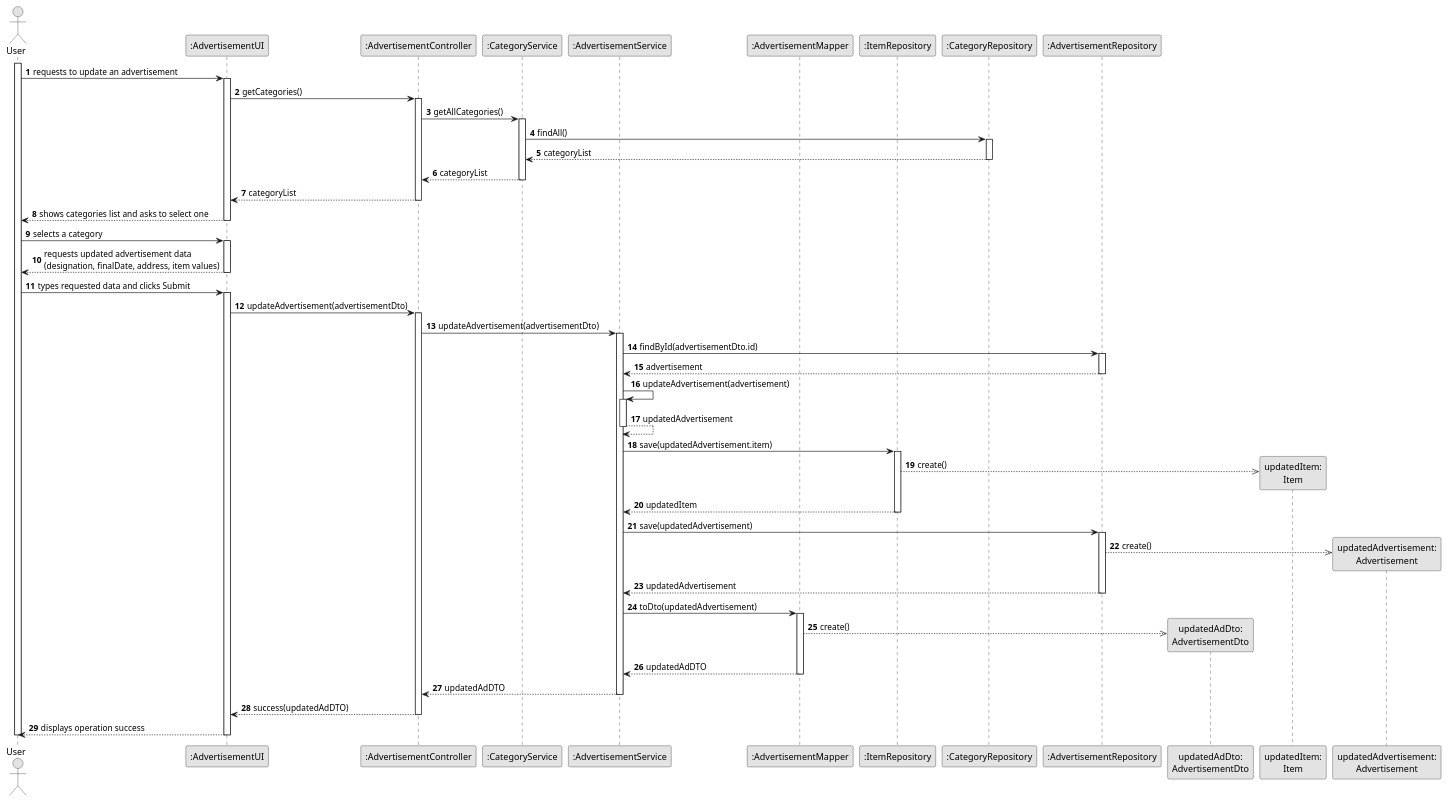
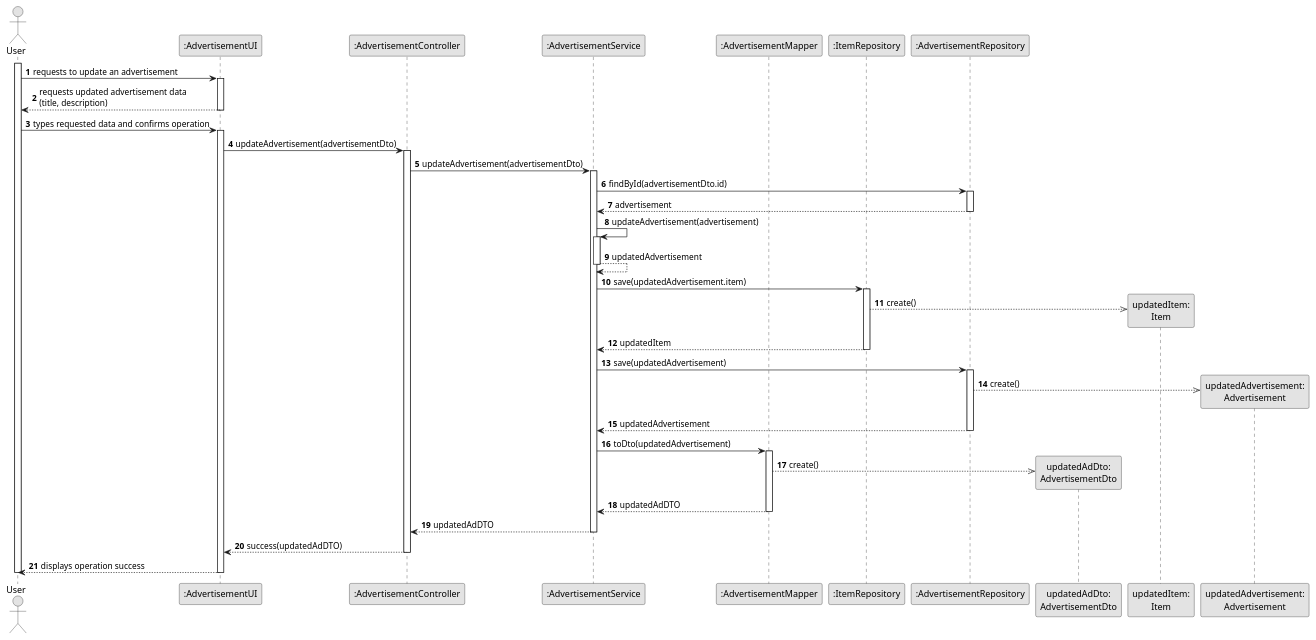
Before and after one commit to vivianeaalmeida/ComeAndGet: the diagram in Docs/US13/03-design/US13-SD.puml, drawn with PlantUML. The commit also changed 4 other files, not shown here.

Commit message:
[Docs] Update US07 and US13 sequence diagrams

```diff
--- a/Docs/US13/03-design/US13-SD.puml
+++ b/Docs/US13/03-design/US13-SD.puml
@@ -1,101 +1,75 @@
 @startuml
 skinparam monochrome true
 skinparam packageStyle rectangle
 skinparam shadowing false
 
 autonumber
 
 actor "User" as USER
 participant ":AdvertisementUI" as UI
 participant ":AdvertisementController" as CTRL
-participant ":CategoryService" as CAT_SERVICE
 participant ":AdvertisementService" as AD_SERVICE
 
 participant ":AdvertisementMapper" as AD_MAPPER
 participant ":ItemRepository" as ITEM_REPO
-participant ":CategoryRepository" as CAT_REPO
 participant ":AdvertisementRepository" as AD_REPO
 
 participant "updatedAdDto:\nAdvertisementDto" as AD_DTO
 participant "updatedItem:\nItem" as ITEM
 participant "updatedAdvertisement:\nAdvertisement" as UPDATED_AD
 
 activate USER
 
     USER -> UI : requests to update an advertisement
     activate UI
-
-        UI -> CTRL : getCategories()
-        activate CTRL
-
-            CTRL -> CAT_SERVICE : getAllCategories()
-            activate CAT_SERVICE
-
-                CAT_SERVICE -> CAT_REPO : findAll()
-                activate CAT_REPO
-                    CAT_REPO --> CAT_SERVICE : categoryList
-                deactivate CAT_REPO
-
-                CAT_SERVICE --> CTRL : categoryList
-            deactivate CAT_SERVICE
-
-            CTRL --> UI : categoryList
-        deactivate CTRL
-
-        UI --> USER : shows categories list and asks to select one
+        UI --> USER : requests updated advertisement data \n(title, description)
     deactivate UI
 
-    USER -> UI : selects a category
-    activate UI
-
-        UI --> USER : requests updated advertisement data \n(designation, finalDate, address, item values)
-    deactivate UI
-
-    USER -> UI : types requested data and clicks Submit
+    USER -> UI : types requested data and confirms operation
     activate UI
 
         UI -> CTRL : updateAdvertisement(advertisementDto)
         activate CTRL
 
             CTRL -> AD_SERVICE : updateAdvertisement(advertisementDto)
             activate AD_SERVICE
 
                 AD_SERVICE -> AD_REPO : findById(advertisementDto.id)
                 activate AD_REPO
                     AD_REPO --> AD_SERVICE : advertisement
                 deactivate AD_REPO
 
                 AD_SERVICE -> AD_SERVICE : updateAdvertisement(advertisement)
                 activate AD_SERVICE
                     AD_SERVICE --> AD_SERVICE : updatedAdvertisement
                 deactivate AD_SERVICE
 
                 AD_SERVICE -> ITEM_REPO : save(updatedAdvertisement.item)
                 activate ITEM_REPO
                     ITEM_REPO -->> ITEM** : create()
                     ITEM_REPO --> AD_SERVICE : updatedItem
                 deactivate ITEM_REPO
 
                 AD_SERVICE -> AD_REPO : save(updatedAdvertisement)
                 activate AD_REPO
                     AD_REPO -->> UPDATED_AD** : create()
                     AD_REPO --> AD_SERVICE : updatedAdvertisement
                 deactivate AD_REPO
 
                 AD_SERVICE -> AD_MAPPER : toDto(updatedAdvertisement)
                 activate AD_MAPPER
                     AD_MAPPER -->> AD_DTO** : create()
                     AD_MAPPER --> AD_SERVICE : updatedAdDTO
                 deactivate AD_MAPPER
 
                 AD_SERVICE --> CTRL : updatedAdDTO
             deactivate AD_SERVICE
 
             CTRL --> UI : success(updatedAdDTO)
         deactivate CTRL
 
         UI --> USER : displays operation success
     deactivate UI
 
 deactivate USER
 @enduml
```
